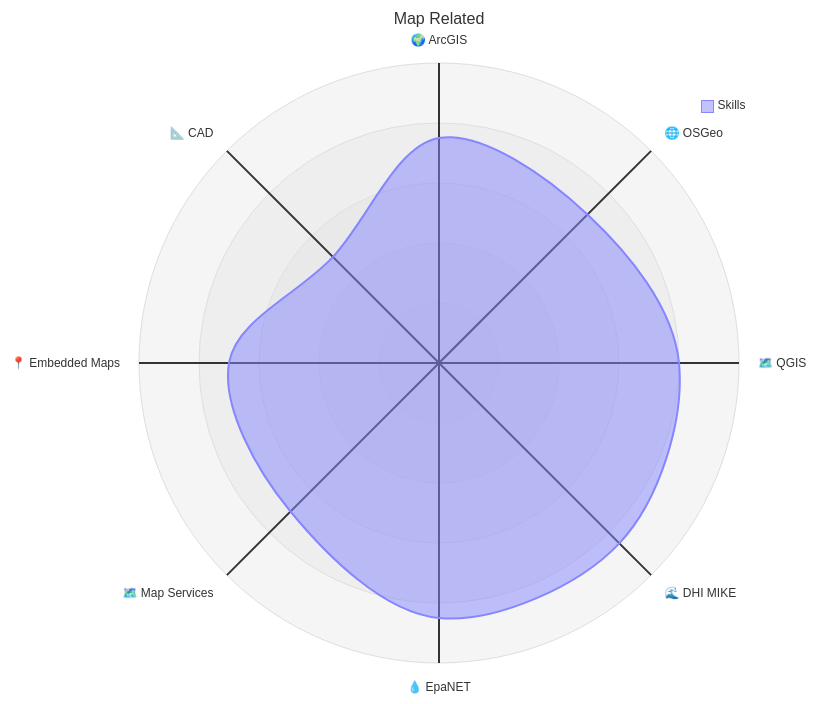
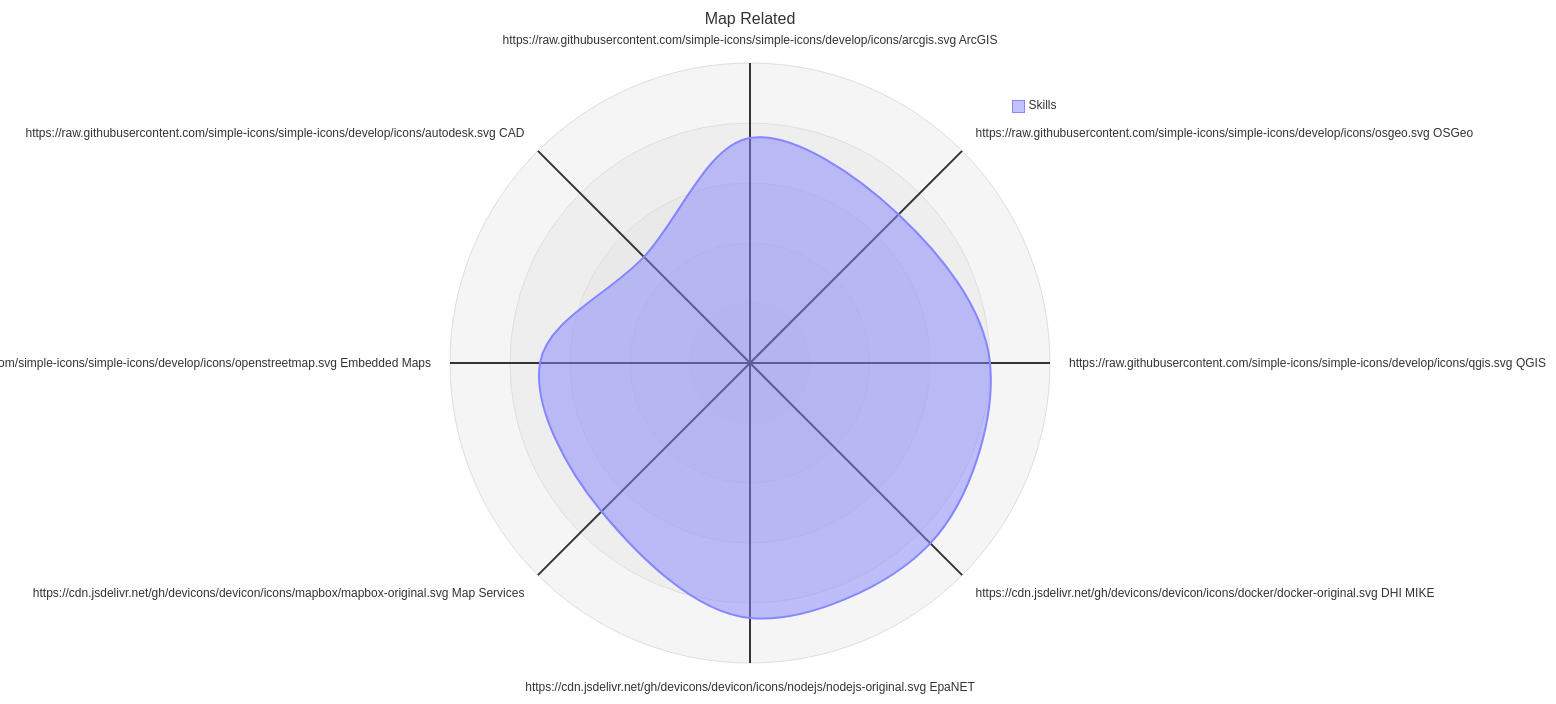
The fourth of 5 diagrams in README.md (kubow/kubow), drawn with Mermaid before and after one commit. The commit also changed other lines of this file, not shown here.

````diff
--- a/README.md
+++ b/README.md
@@ -104,10 +205,10 @@
 ```mermaid
 radar-beta
   title Map Related
-  axis ArcGIS["🌍 ArcGIS"], OSGeo["🌐 OSGeo"], QGIS["🗺️ QGIS"], DHIMIKE["🌊 DHI MIKE"], EpaNET["💧 EpaNET"], MapServices["🗺️ Map Services"], EmbeddedMaps["📍 Embedded Maps"], CAD["📐 CAD"]
-  curve Skills{75, 70, 80, 85, 85, 70, 70, 50}
+  axis ArcGIS["https://raw.githubusercontent.com/simple-icons/simple-icons/develop/icons/arcgis.svg ArcGIS"], OSGeo["https://raw.githubusercontent.com/simple-icons/simple-icons/develop/icons/osgeo.svg OSGeo"], QGIS["https://raw.githubusercontent.com/simple-icons/simple-icons/develop/icons/qgis.svg QGIS"], DHIMIKE["https://cdn.jsdelivr.net/gh/devicons/devicon/icons/docker/docker-original.svg DHI MIKE"], EpaNET["https://cdn.jsdelivr.net/gh/devicons/devicon/icons/nodejs/nodejs-original.svg EpaNET"], MapServices["https://cdn.jsdelivr.net/gh/devicons/devicon/icons/mapbox/mapbox-original.svg Map Services"], EmbeddedMaps["https://raw.githubusercontent.com/simple-icons/simple-icons/develop/icons/openstreetmap.svg Embedded Maps"], CAD["https://raw.githubusercontent.com/simple-icons/simple-icons/develop/icons/autodesk.svg CAD"]
+  curve Skills{ 75, 70, 80, 85, 85, 70, 70, 50 }
   max 100
   min 0
   graticule circle
   ticks 5
 ```
````
